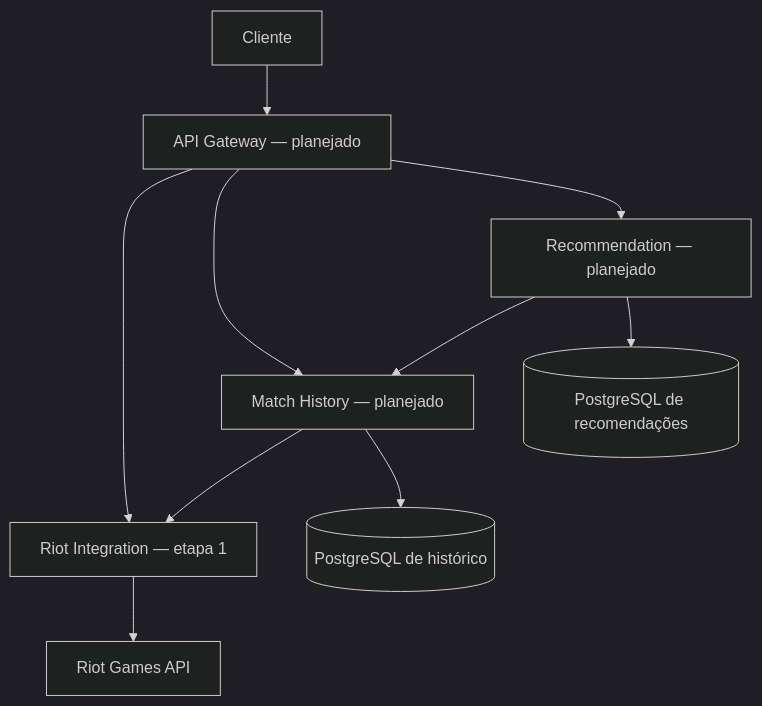
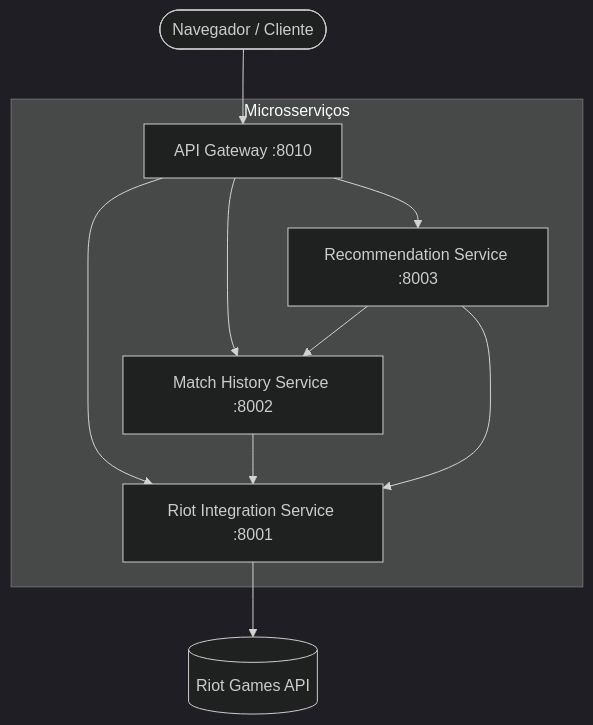
Before and after one commit to Apolinario-coder/rift-compass: the diagram in README.md, drawn with Mermaid (dark theme). The commit also changed other lines of this file and 6 other files, not shown here.

````diff
--- a/README.md
+++ b/README.md
@@ -79,12 +24,16 @@
 ```mermaid
 flowchart TD
-    Cliente --> Gateway[API Gateway — planejado]
-    Gateway --> Riot[Riot Integration — etapa 1]
-    Riot --> API[Riot Games API]
-    Gateway --> History[Match History — planejado]
-    History --> Riot
-    History --> DB1[(PostgreSQL de histórico)]
-    Gateway --> Recommendation[Recommendation — planejado]
-    Recommendation --> History
-    Recommendation --> DB2[(PostgreSQL de recomendações)]
+    User([Navegador / Cliente]) --> Gateway[API Gateway :8010]
+    
+    subgraph Microsserviços
+        Gateway --> RiotSvc[Riot Integration Service :8001]
+        Gateway --> HistorySvc[Match History Service :8002]
+        Gateway --> RecSvc[Recommendation Service :8003]
+        
+        HistorySvc --> RiotSvc
+        RecSvc --> HistorySvc
+        RecSvc --> RiotSvc
+    end
+
+    RiotSvc --> RiotAPI[(Riot Games API)]
 ```
````
